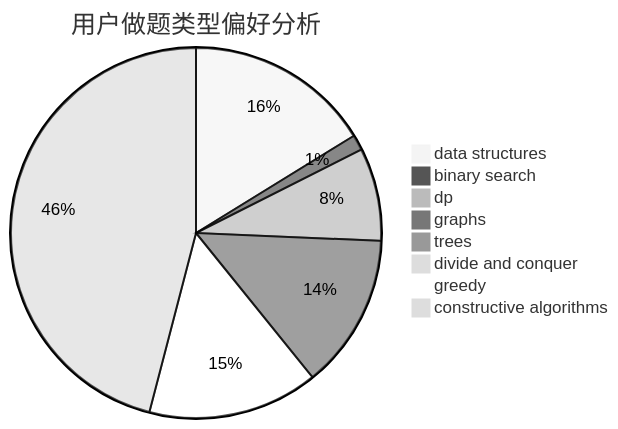
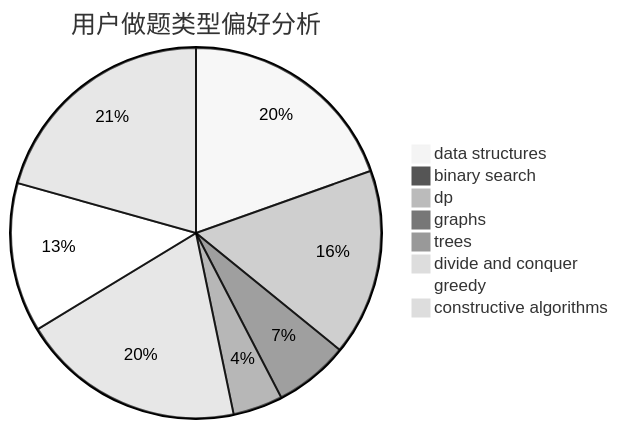
One commit to sherpahu/cfrs.github.io changed the second of 3 diagrams in docs/user/u1710.md. Above: the diagram before and after it, drawn with Mermaid (neutral theme). The commit also changed other lines of this file and 2770 other files, not shown here.

````diff
--- a/docs/user/u1710.md
+++ b/docs/user/u1710.md
@@ -23,11 +23,11 @@
 ```mermaid
 pie title 用户做题类型偏好分析
-    "data structures" :  12
-    "binary search" :  1
-    "dp" :  6
-    "graphs" :  10
-    "trees" :  0
-    "divide and conquer" :  0
-    "greedy" :  11
-    "constructive algorithms" :  34
+    "data structures" :  18
+    "binary search" :  0
+    "dp" :  15
+    "graphs" :  6
+    "trees" :  4
+    "divide and conquer" :  18
+    "greedy" :  12
+    "constructive algorithms" :  19
 ```
````
